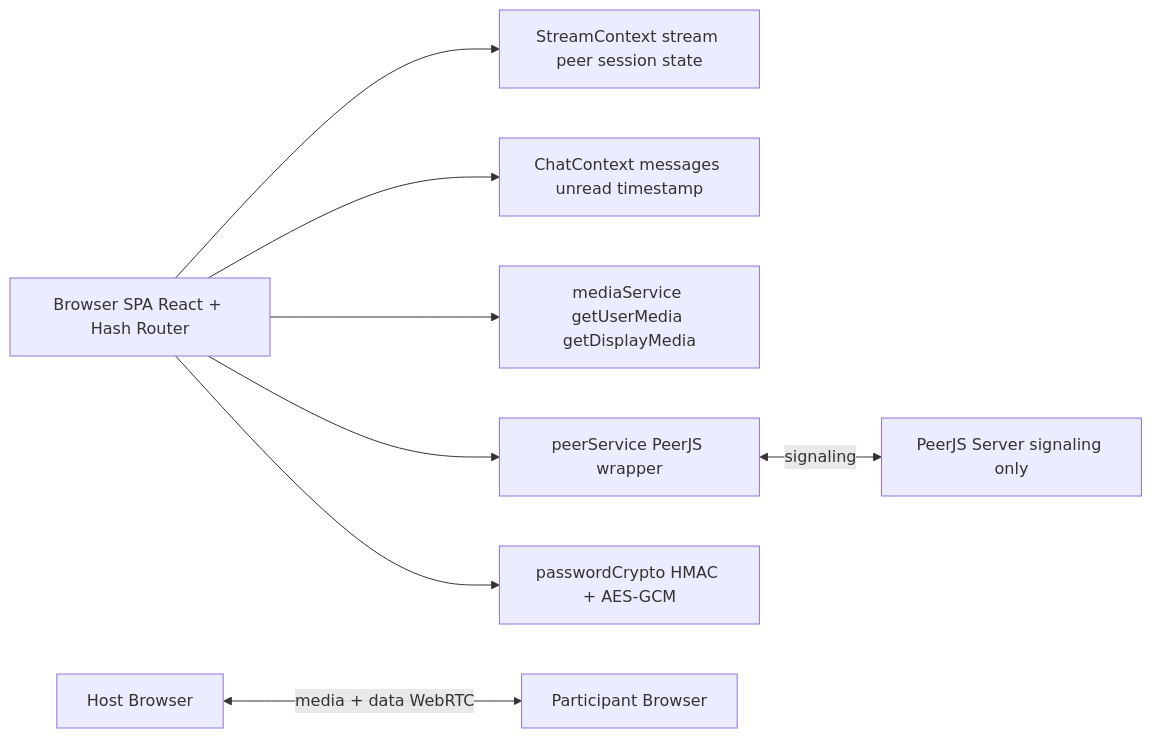
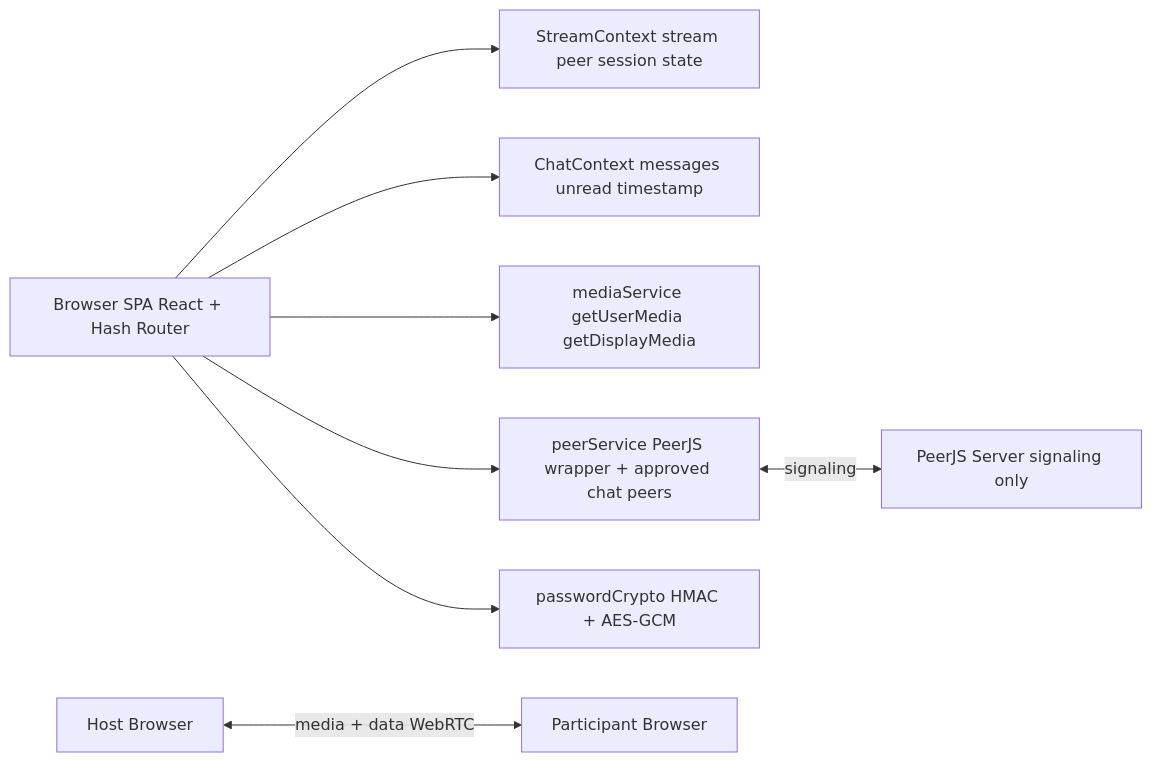
Before and after one commit to BackGwa/Perspective: the first of 5 diagrams in ARCHITECTURE.md, drawn with Mermaid. The commit also changed other lines of this file, not shown here.

Commit message:
docs(architecture): reflect hardened session and media flows

````diff
--- a/ARCHITECTURE.md
+++ b/ARCHITECTURE.md
@@ -4,20 +4,20 @@
 ```mermaid
 flowchart LR
     Browser[Browser SPA React + Hash Router]
     StreamCtx[StreamContext stream peer session state]
     ChatCtx[ChatContext messages unread timestamp]
     MediaSvc[mediaService getUserMedia getDisplayMedia]
-    PeerSvc[peerService PeerJS wrapper]
+    PeerSvc[peerService PeerJS wrapper + approved chat peers]
     Crypto[passwordCrypto HMAC + AES-GCM]
     PeerJSServer[PeerJS Server signaling only]
     Host[Host Browser]
     Participant[Participant Browser]
 
     Browser --> StreamCtx
     Browser --> ChatCtx
     Browser --> MediaSvc
     Browser --> PeerSvc
     Browser --> Crypto
     PeerSvc <-->|signaling| PeerJSServer
     Host <-->|media + data WebRTC| Participant
 ```
````
